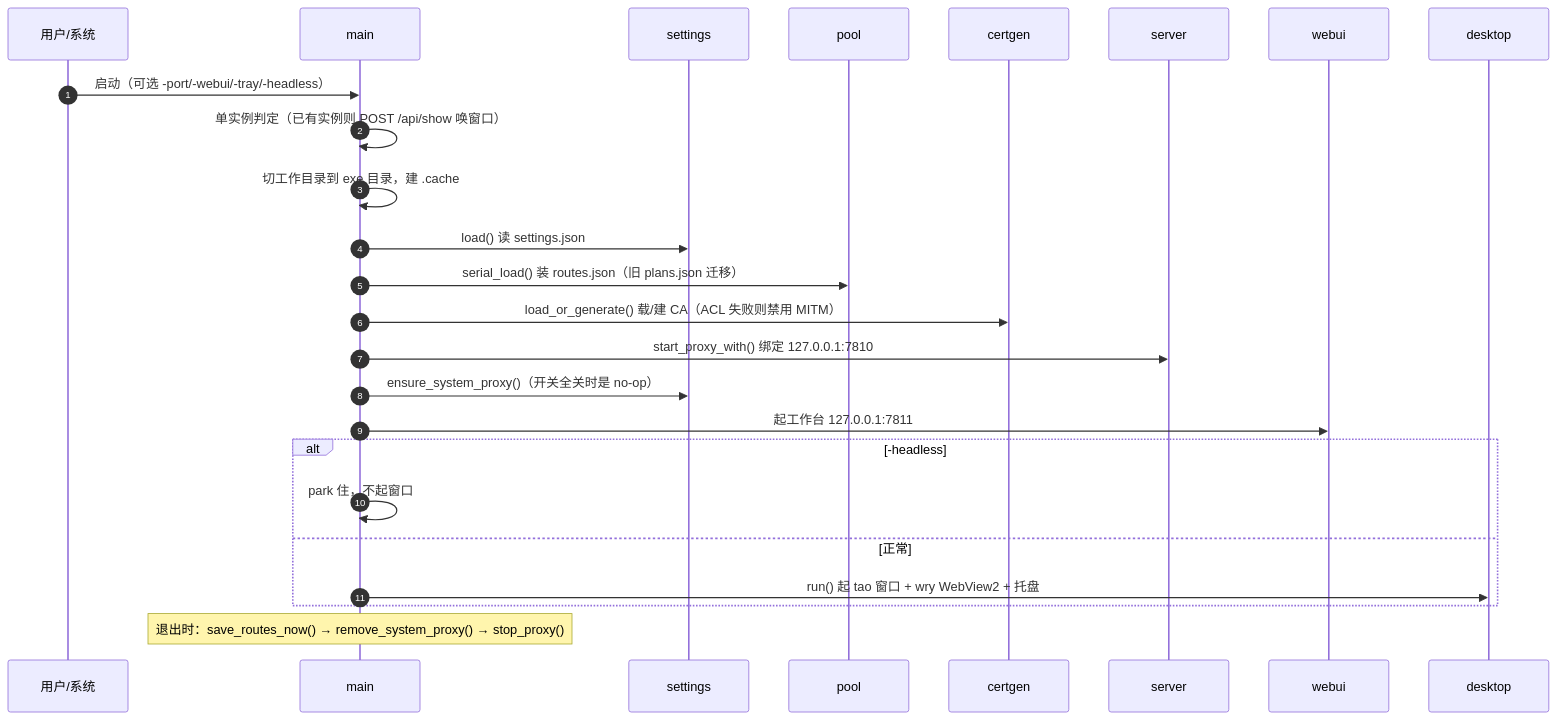
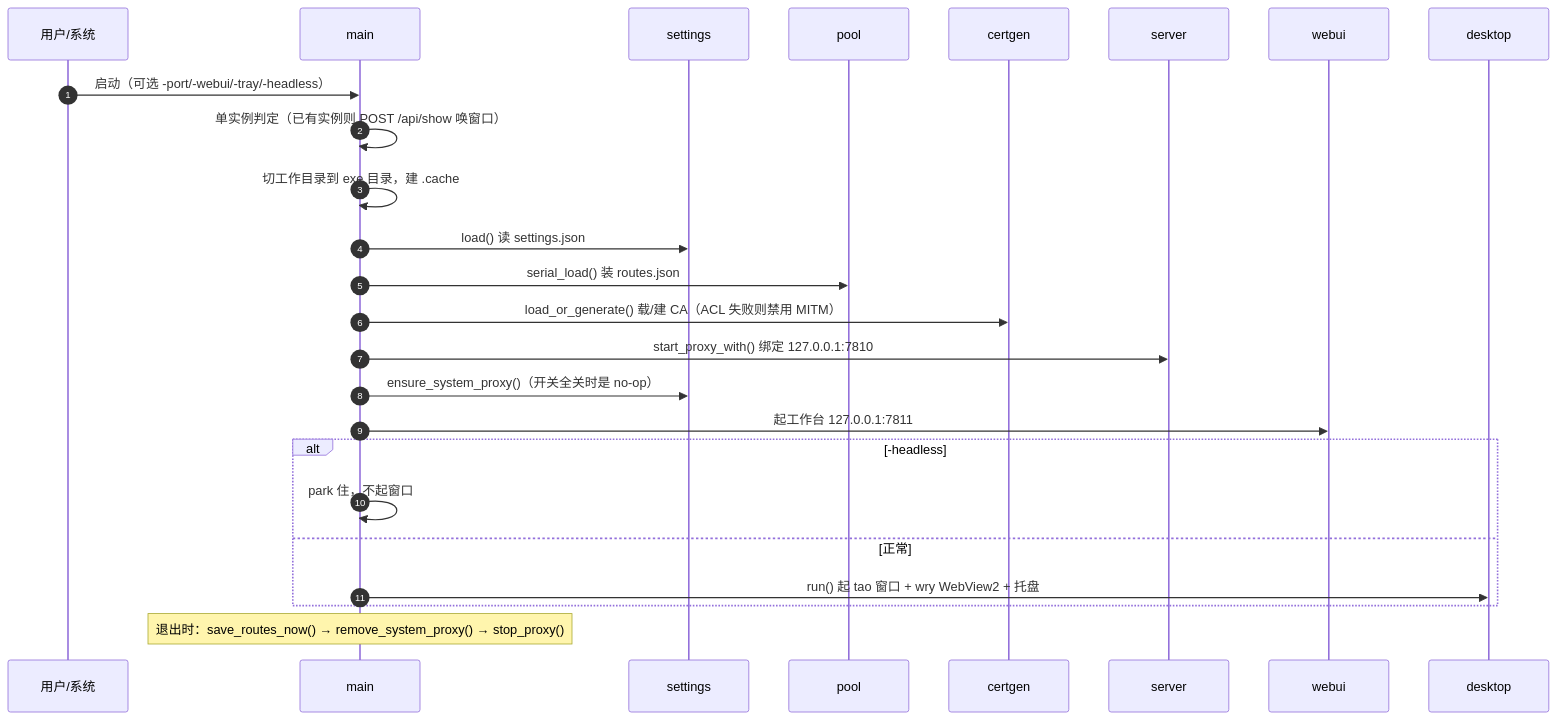
The second of 10 diagrams in docs/ARCHITECTURE.md (zhidian-cmd/gitport-github), drawn with Mermaid before and after one commit. The commit also changed 3 other files, not shown here.

````diff
--- a/docs/ARCHITECTURE.md
+++ b/docs/ARCHITECTURE.md
@@ -88,28 +88,28 @@
 ```mermaid
 sequenceDiagram
     autonumber
     participant U as 用户/系统
     participant M as main
     participant S as settings
     participant P as pool
     participant C as certgen
     participant R as server
     participant W as webui
     participant D as desktop
 
     U->>M: 启动（可选 -port/-webui/-tray/-headless）
     M->>M: 单实例判定（已有实例则 POST /api/show 唤窗口）
     M->>M: 切工作目录到 exe 目录，建 .cache
     M->>S: load() 读 settings.json
-    M->>P: serial_load() 装 routes.json（旧 plans.json 迁移）
+    M->>P: serial_load() 装 routes.json
     M->>C: load_or_generate() 载/建 CA（ACL 失败则禁用 MITM）
     M->>R: start_proxy_with() 绑定 127.0.0.1:7810
     M->>S: ensure_system_proxy()（开关全关时是 no-op）
     M->>W: 起工作台 127.0.0.1:7811
     alt -headless
         M->>M: park 住，不起窗口
     else 正常
         M->>D: run() 起 tao 窗口 + wry WebView2 + 托盘
     end
     Note over M: 退出时：save_routes_now() → remove_system_proxy() → stop_proxy()
 ```
````
